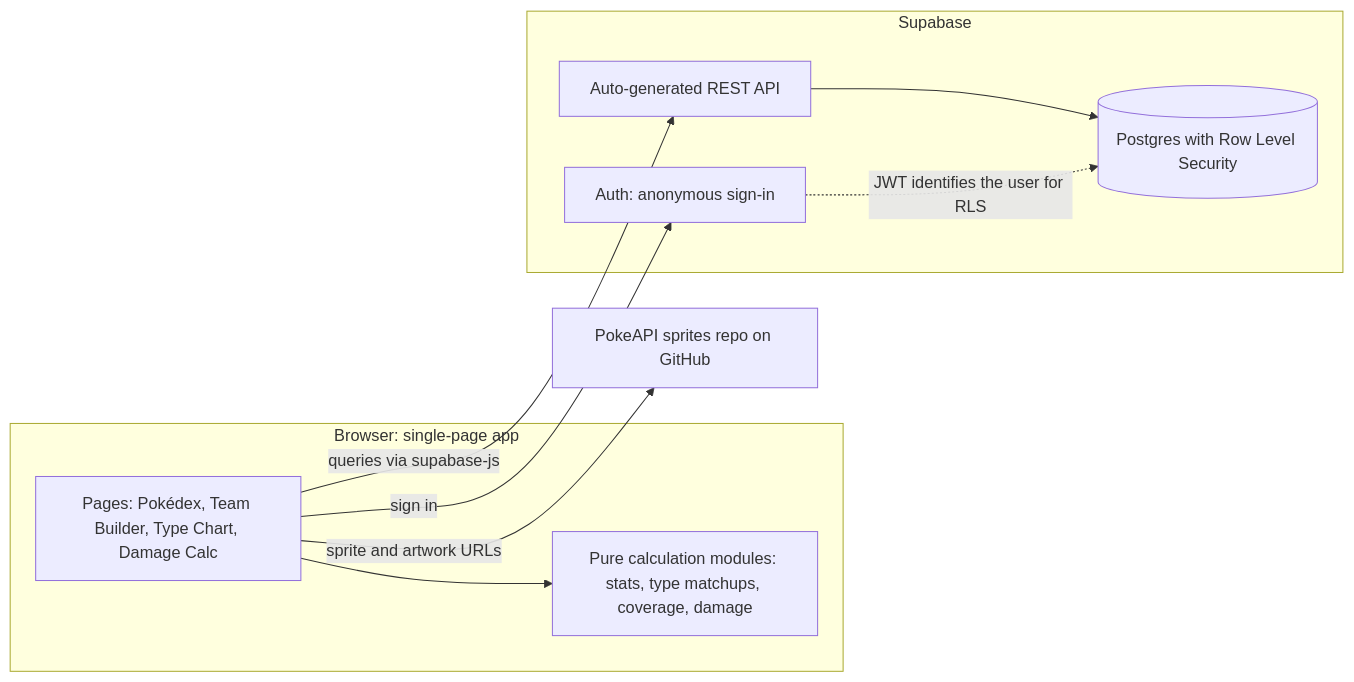
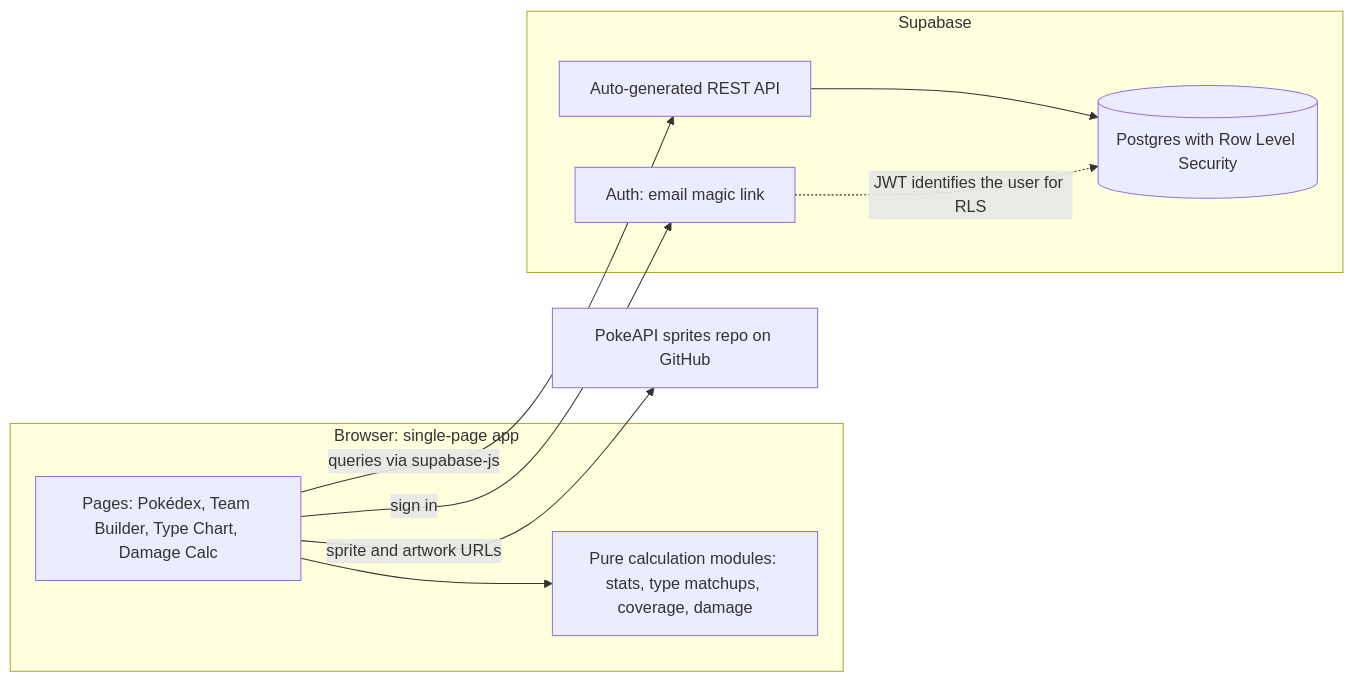
The first of 4 diagrams in README.md (ZonkeyZebra/pokedex-team-builder), drawn with Mermaid before and after one commit. The commit also changed other lines of this file and 20 other files, not shown here.

````diff
--- a/README.md
+++ b/README.md
@@ -58,22 +58,22 @@
 ```mermaid
 flowchart LR
     subgraph Client["Browser: single-page app"]
         UI["Pages: Pokédex, Team Builder, Type Chart, Damage Calc"]
         LOGIC["Pure calculation modules: stats, type matchups, coverage, damage"]
         UI --> LOGIC
     end
 
     subgraph Supabase["Supabase"]
-        AUTH["Auth: anonymous sign-in"]
+        AUTH["Auth: email magic link"]
         API["Auto-generated REST API"]
         DB[("Postgres with Row Level Security")]
         API --> DB
         AUTH -. "JWT identifies the user for RLS" .-> DB
     end
 
     SPRITES["PokeAPI sprites repo on GitHub"]
 
     UI -- "sign in" --> AUTH
     UI -- "queries via supabase-js" --> API
     UI -- "sprite and artwork URLs" --> SPRITES
 ```
````
